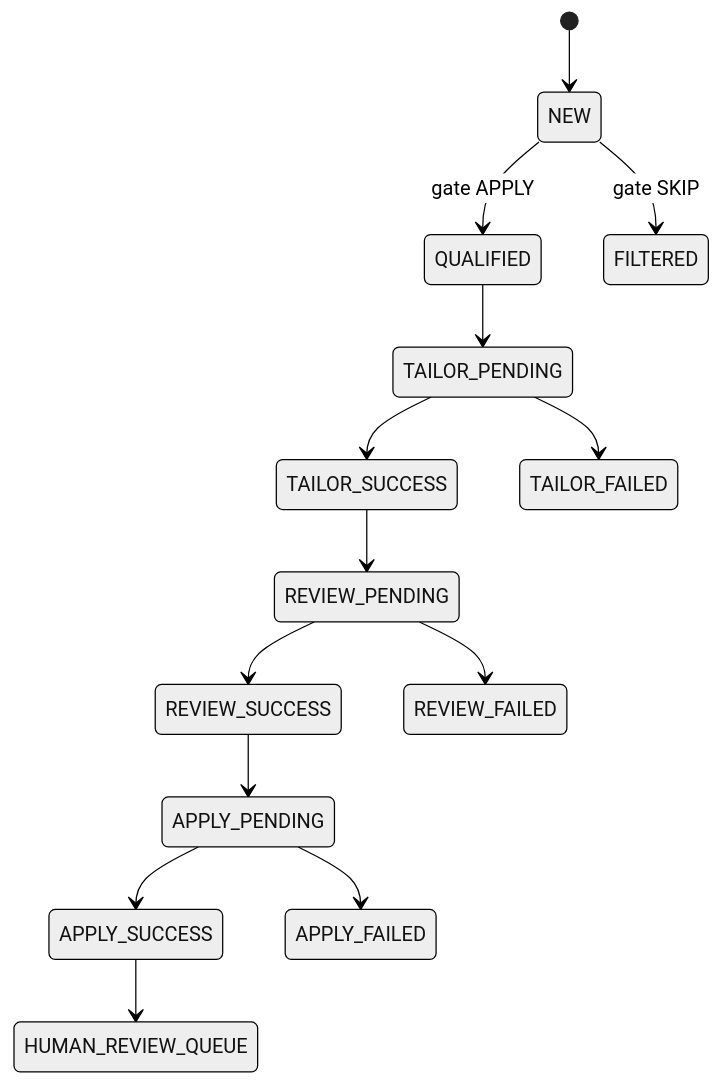
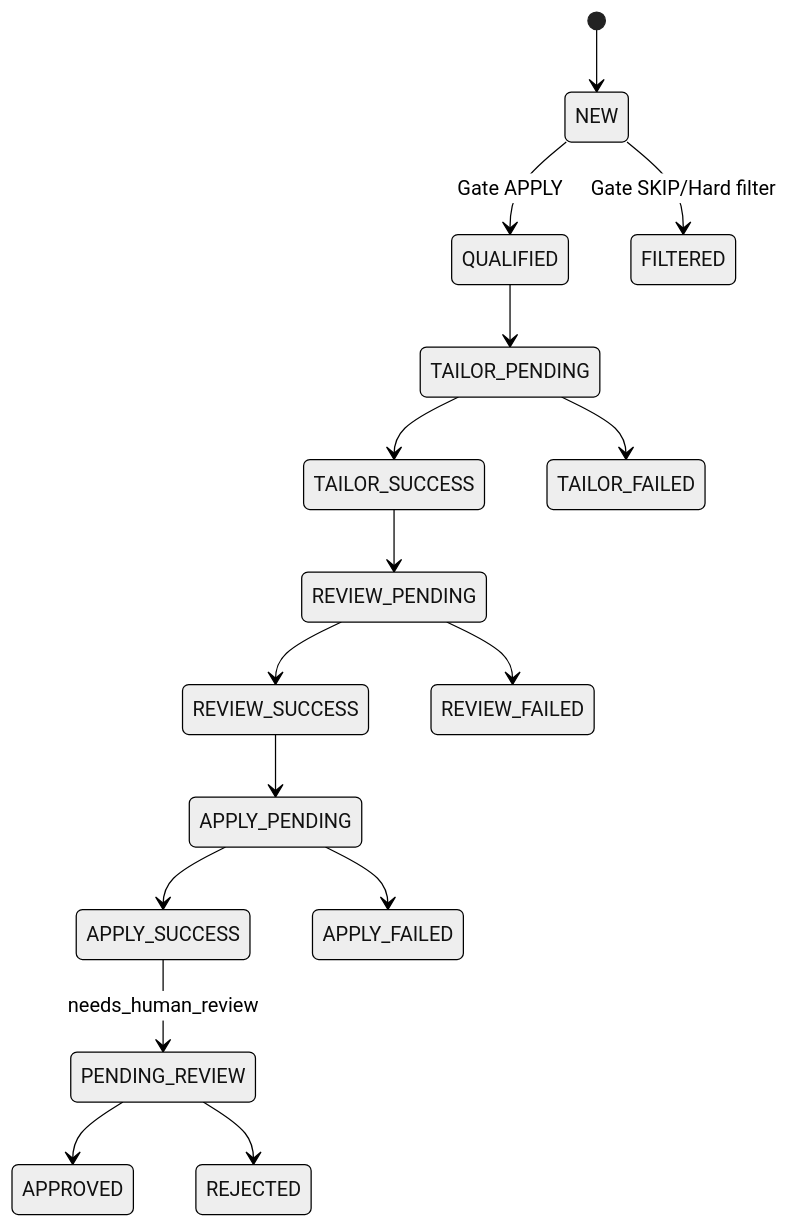
The diagram in .aqa/spec/workflows.md (joeyspagnoli/agentic-job-applier), drawn with Mermaid (neutral theme) before and after one commit. The commit also changed other lines of this file and 32 other files, not shown here.

````diff
--- a/.aqa/spec/workflows.md
+++ b/.aqa/spec/workflows.md
@@ -51,19 +62,22 @@
 ```mermaid
 stateDiagram-v2
     [*] --> NEW
-    NEW --> QUALIFIED: gate APPLY
-    NEW --> FILTERED: gate SKIP
+    NEW --> QUALIFIED: Gate APPLY
+    NEW --> FILTERED: Gate SKIP/Hard filter
 
     QUALIFIED --> TAILOR_PENDING
     TAILOR_PENDING --> TAILOR_SUCCESS
     TAILOR_PENDING --> TAILOR_FAILED
 
     TAILOR_SUCCESS --> REVIEW_PENDING
     REVIEW_PENDING --> REVIEW_SUCCESS
     REVIEW_PENDING --> REVIEW_FAILED
 
     REVIEW_SUCCESS --> APPLY_PENDING
     APPLY_PENDING --> APPLY_SUCCESS
     APPLY_PENDING --> APPLY_FAILED
-    APPLY_SUCCESS --> HUMAN_REVIEW_QUEUE
+
+    APPLY_SUCCESS --> PENDING_REVIEW: needs_human_review
+    PENDING_REVIEW --> APPROVED
+    PENDING_REVIEW --> REJECTED
 ```
````
